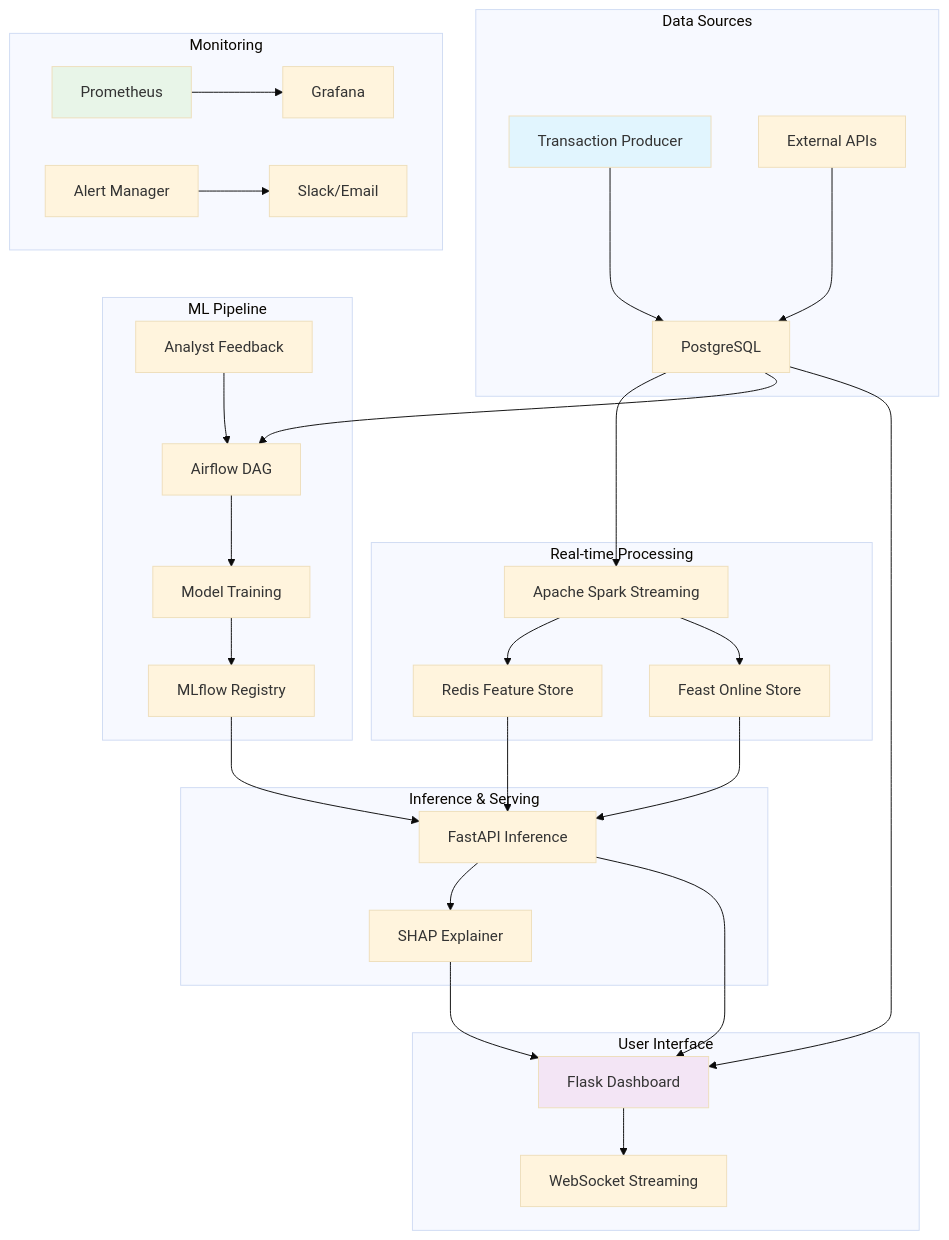
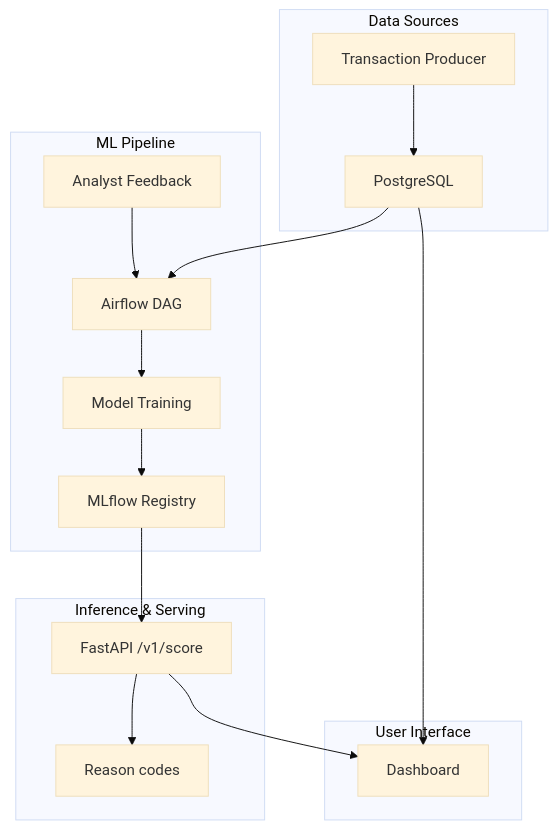
The second of 2 diagrams in README.md (ikebude/MLOps-Fraud-Detection), drawn with Mermaid (base theme) before and after one commit. The commit also changed other lines of this file and 34 other files, not shown here.

````diff
--- a/README.md
+++ b/README.md
@@ -57,43 +168,20 @@
 ```mermaid
 graph TB
     subgraph "Data Sources"
         A[Transaction Producer] --> B[PostgreSQL]
-        C[External APIs] --> B
     end
-
-    subgraph "Real-time Processing"
-        B --> D[Apache Spark Streaming]
-        D --> E[Redis Feature Store]
-        D --> F[Feast Online Store]
-    end
-
     subgraph "ML Pipeline"
         B --> G[Airflow DAG]
         G --> H[Model Training]
         H --> I[MLflow Registry]
         J[Analyst Feedback] --> G
     end
-
     subgraph "Inference & Serving"
-        E --> K[FastAPI Inference]
-        F --> K
-        I --> K
-        K --> L[SHAP Explainer]
+        I --> K[FastAPI /v1/score]
+        K --> L[Reason codes]
     end
-
     subgraph "User Interface"
-        K --> M[Flask Dashboard]
-        L --> M
+        K --> M[Dashboard]
         B --> M
-        M --> N[WebSocket Streaming]
     end
-
-    subgraph "Monitoring"
-        O[Prometheus] --> P[Grafana]
-        Q[Alert Manager] --> R[Slack/Email]
-    end
-
-    style A fill:#e1f5fe
-    style M fill:#f3e5f5
-    style O fill:#e8f5e8
 ```
````
